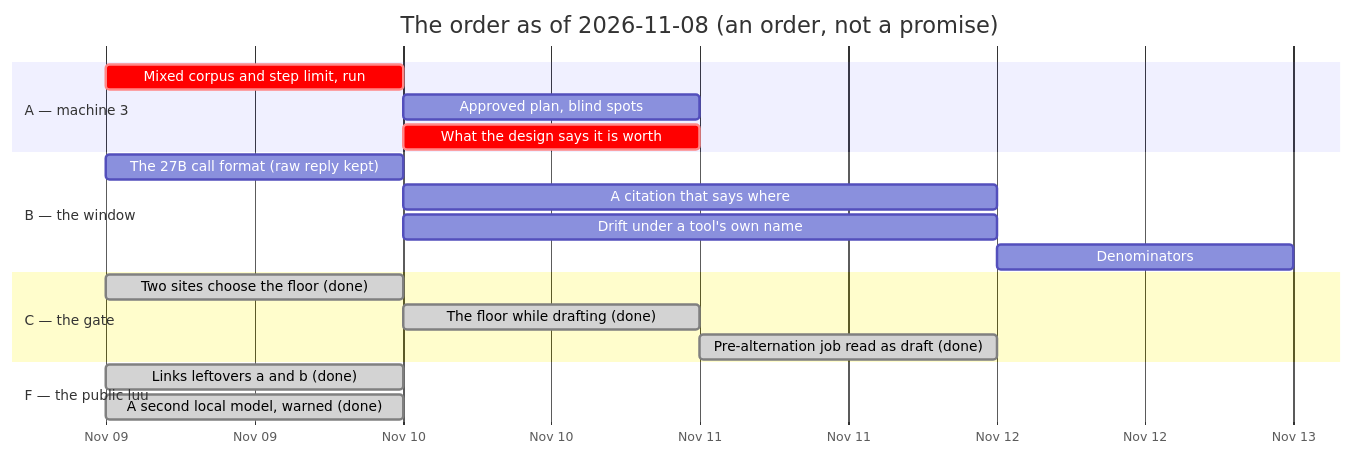
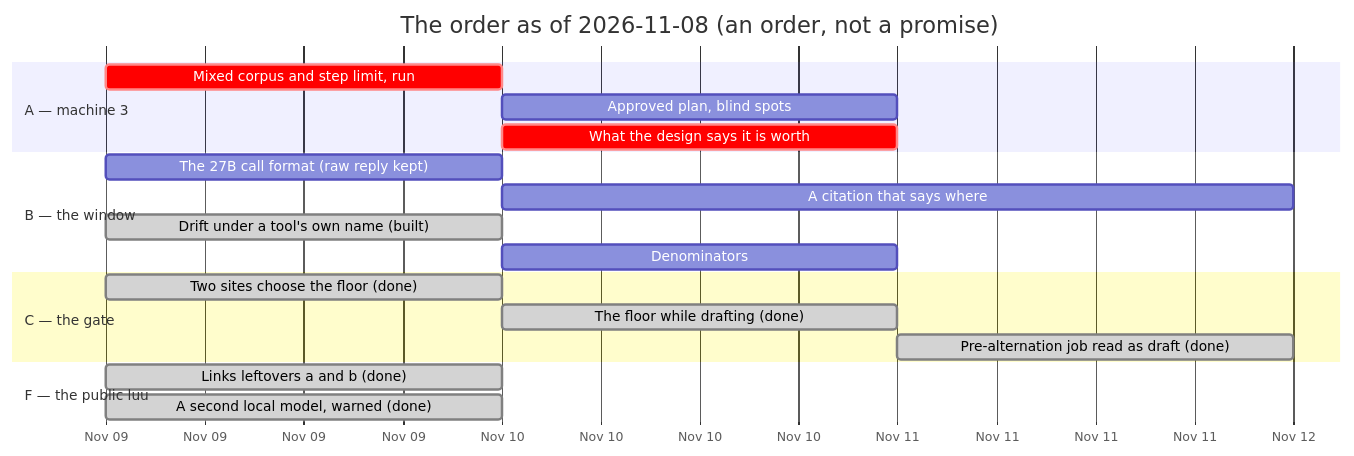
One commit to jgermade/luu changed the diagram in ROADMAP/2026-11-08/README.md. Above: the diagram before and after it, drawn with Mermaid. The commit also changed 1 other file, not shown here.

Commit message:
Row 7's record: the state count, counted; the Gantt line struck

````diff
--- a/ROADMAP/2026-11-08/README.md
+++ b/ROADMAP/2026-11-08/README.md
@@ -161,22 +161,22 @@
 ```mermaid
 gantt
     title The order as of 2026-11-08 (an order, not a promise)
     dateFormat YYYY-MM-DD
     axisFormat %b %d
     section A — machine 3
     Mixed corpus and step limit, run       :crit, run, 2026-11-09, 1d
     Approved plan, blind spots             :appr, after run, 1d
     What the design says it is worth       :crit, claim, after run, 1d
     section B — the window
     The 27B call format (raw reply kept)   :fmt, 2026-11-09, 1d
     A citation that says where             :ptr, after run, 2d
-    Drift under a tool's own name          :drift, after fmt, 2d
+    Drift under a tool's own name (built)  :done, drift, 2026-11-09, 1d
     Denominators                           :tally, after drift, 1d
     section C — the gate
     Two sites choose the floor (done)      :done, sites, 2026-11-09, 1d
     The floor while drafting (done)        :done, floor, after sites, 1d
     Pre-alternation job read as draft (done) :done, prealt, after floor, 1d
     section F — the public luu
     Links leftovers a and b (done)         :done, links, 2026-11-09, 1d
     A second local model, warned (done)    :done, mem, 2026-11-09, 1d
 ```
````
